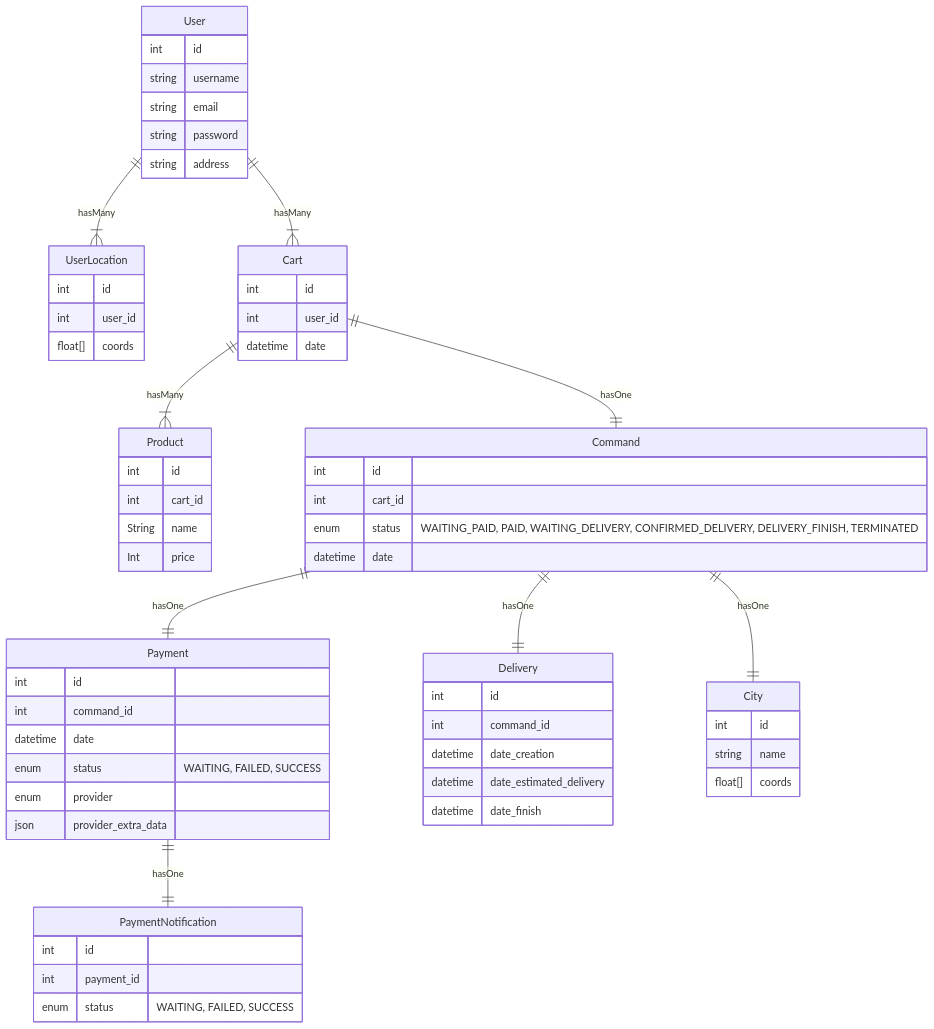
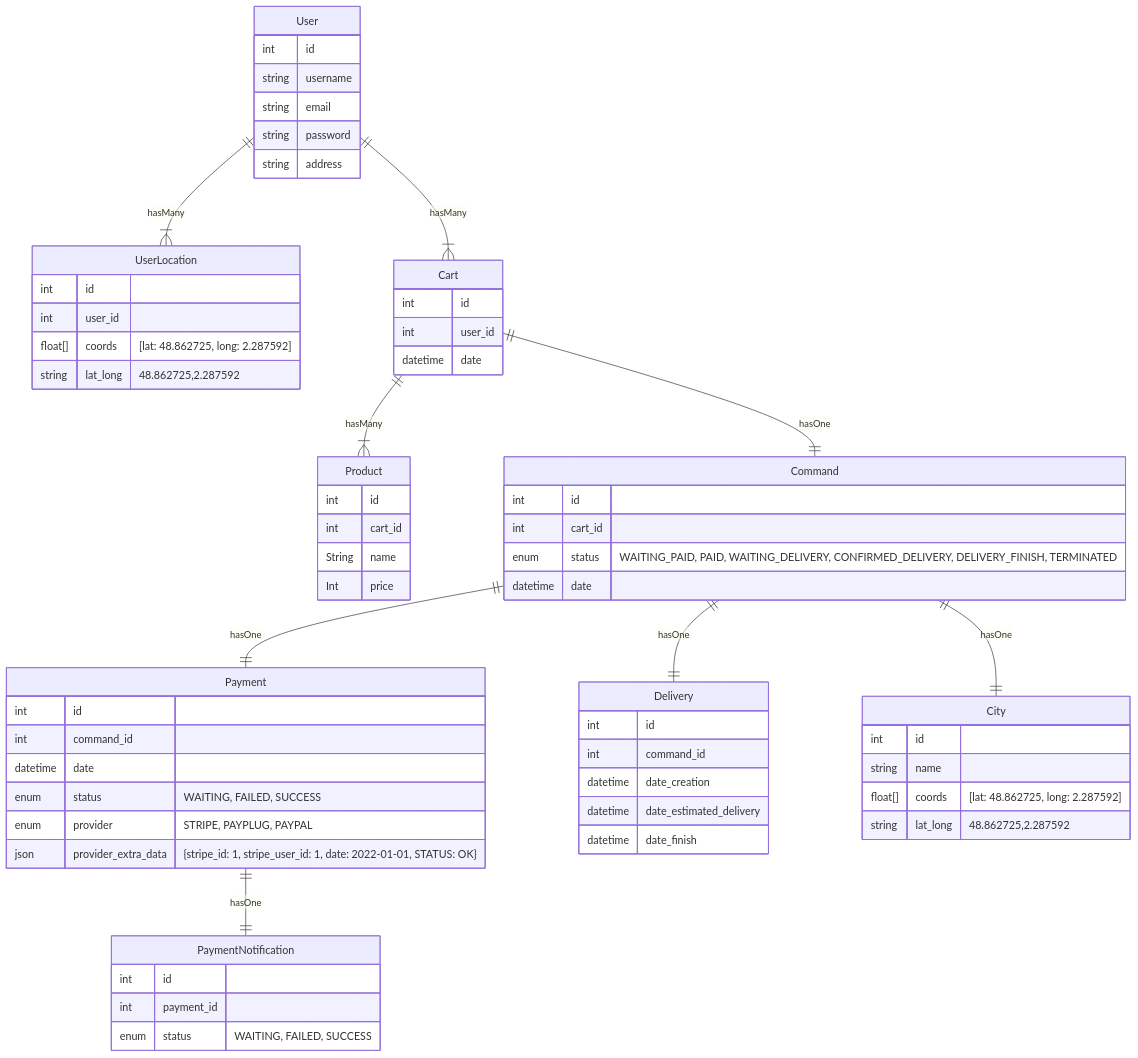
Before and after one commit to joussin/api_allopico_old: the first of 6 diagrams in readme.md, drawn with Mermaid.

```diff
--- a/readme.md
+++ b/readme.md
@@ -43,13 +43,15 @@
     City {
         int id
         string name
-        float[] coords
+        float[] coords "[lat: 48.862725, long: 2.287592]"
+	string lat_long "48.862725,2.287592"
     }
         
     UserLocation {
         int id
         int user_id
-        float[] coords
+        float[] coords "[lat: 48.862725, long: 2.287592]"
+	string lat_long "48.862725,2.287592"
     }
     
     User {
@@ -87,8 +89,8 @@
 	     int command_id  
 		 datetime date
 		 enum status "WAITING, FAILED, SUCCESS"
-		 enum provider   
-		 json provider_extra_data
+		 enum provider "STRIPE, PAYPLUG, PAYPAL"
+		 json provider_extra_data "{stripe_id: 1, stripe_user_id: 1, date: 2022-01-01, STATUS: OK}"
     }
     
     PaymentNotification {
```
